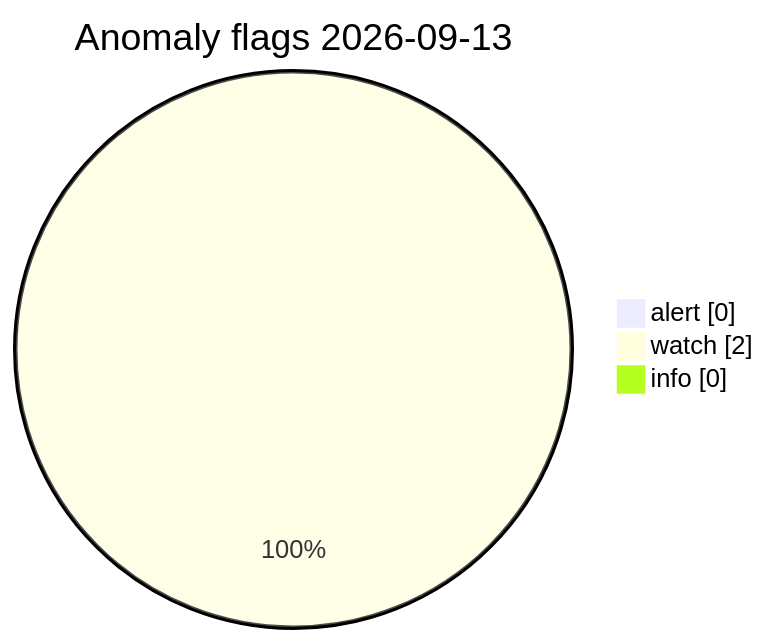
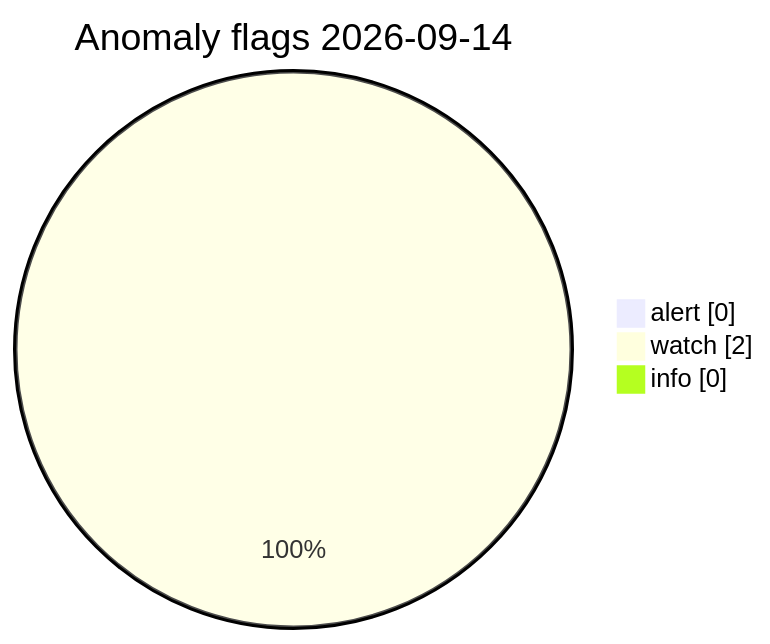
The diagram in visuals/latest/CHARTS.md (Midwest-Stratospheric/Unified-Open-Global-Weather), drawn with Mermaid before and after one commit. The commit also changed other lines of this file and 11 other files, not shown here.

Commit message:
data(visuals): automated charts 2026-09-14T12:53Z

````diff
--- a/visuals/latest/CHARTS.md
+++ b/visuals/latest/CHARTS.md
@@ -73,7 +73,7 @@
 ```mermaid
 pie showData
-  title Anomaly flags 2026-09-13
+  title Anomaly flags 2026-09-14
   "alert" : 0
   "watch" : 2
   "info" : 0
 ```
````
